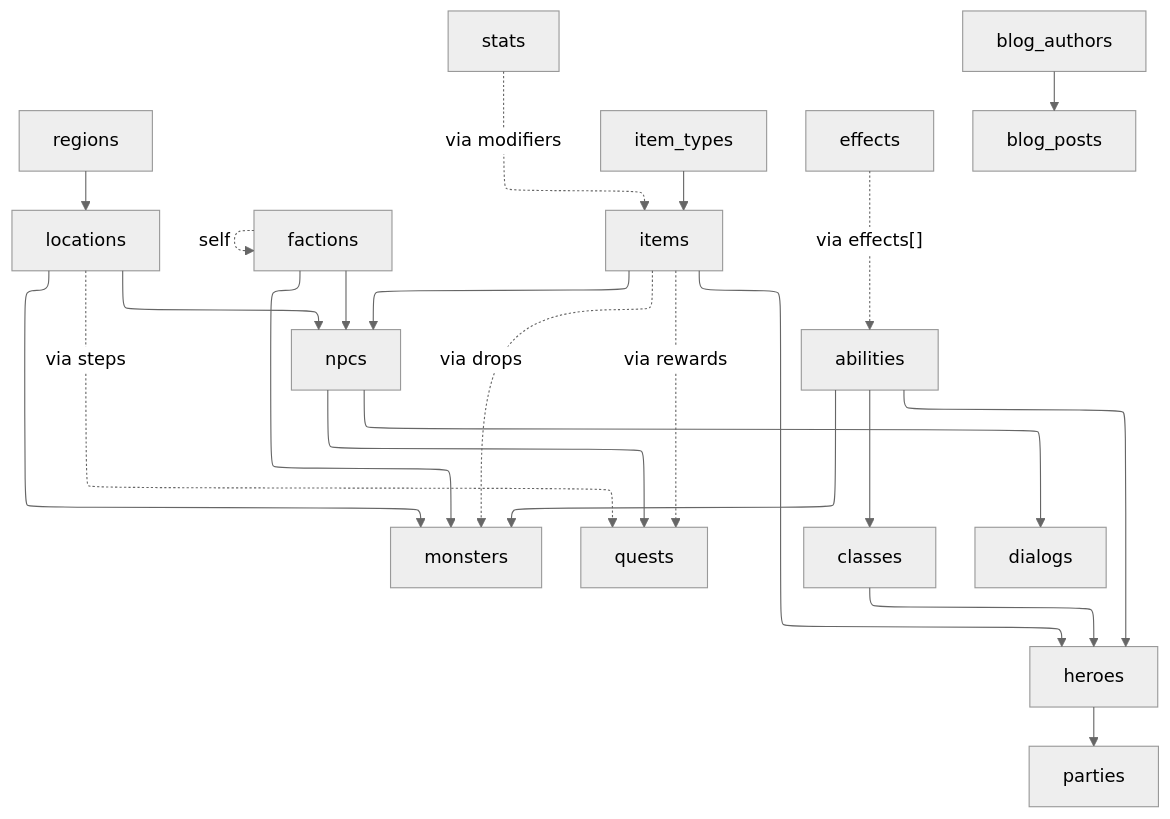
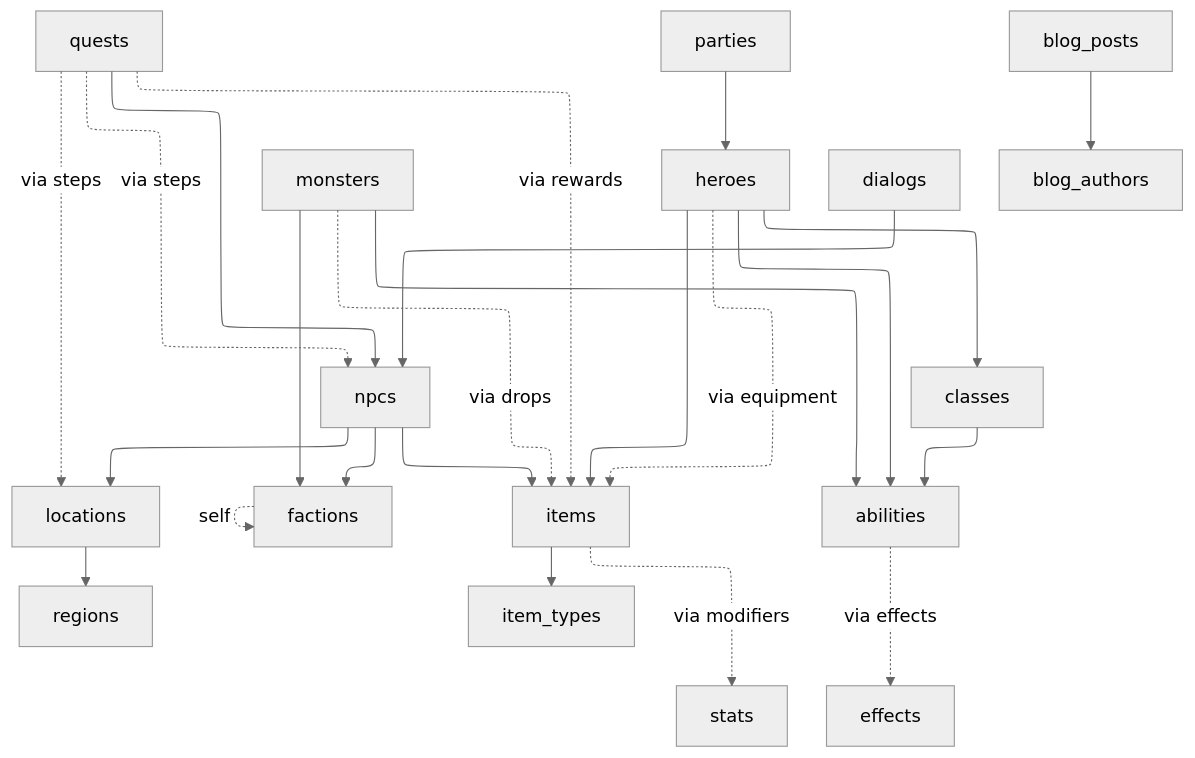
One commit to revisium/demo-rpg-docs changed the diagram in architecture/specs/schemas.md. Above: the diagram before and after it, drawn with Mermaid (neutral theme). The commit also changed other lines of this file and 1 other file, not shown here.

Commit message:
Address PR review: correct FK graph directions, drop phantom locations->monsters edge, align BR-0001 with trilingual scope and clarify count() vs aggregation rule

````diff
--- a/architecture/specs/schemas.md
+++ b/architecture/specs/schemas.md
@@ -569,26 +571,36 @@
 ```mermaid
 %%{init: {"flowchart": {"defaultRenderer": "elk"}}}%%
 flowchart TB
-  regions --> locations
+  %% direct single FK
+  locations --> regions
+  npcs --> factions
+  npcs --> locations
+  monsters --> factions
+  items --> item_types
+  heroes --> classes
+  quests --> npcs
+  dialogs --> npcs
+
+  %% direct FK array
+  classes --> abilities
+  monsters --> abilities
+  heroes --> abilities
+  heroes --> items
+  npcs --> items
+  parties --> heroes
+
+  %% self-referencing FK array
   factions -.self.-> factions
-  factions --> npcs
-  factions --> monsters
-  locations --> npcs
-  locations --> monsters
-  locations -.via steps.-> quests
-  item_types --> items
-  stats -.via modifiers.-> items
-  effects -.via effects[].-> abilities
-  abilities --> classes
-  abilities --> heroes
-  abilities --> monsters
-  classes --> heroes
-  items --> heroes
-  items --> npcs
-  items -.via drops.-> monsters
-  items -.via rewards.-> quests
-  npcs --> quests
-  npcs --> dialogs
-  heroes --> parties
-  blog_authors --> blog_posts
+
+  %% FKs inside embedded arrays
+  items -.via modifiers.-> stats
+  abilities -.via effects.-> effects
+  heroes -.via equipment.-> items
+  monsters -.via drops.-> items
+  quests -.via steps.-> locations
+  quests -.via steps.-> npcs
+  quests -.via rewards.-> items
+
+  %% CMS
+  blog_posts --> blog_authors
 ```
````
